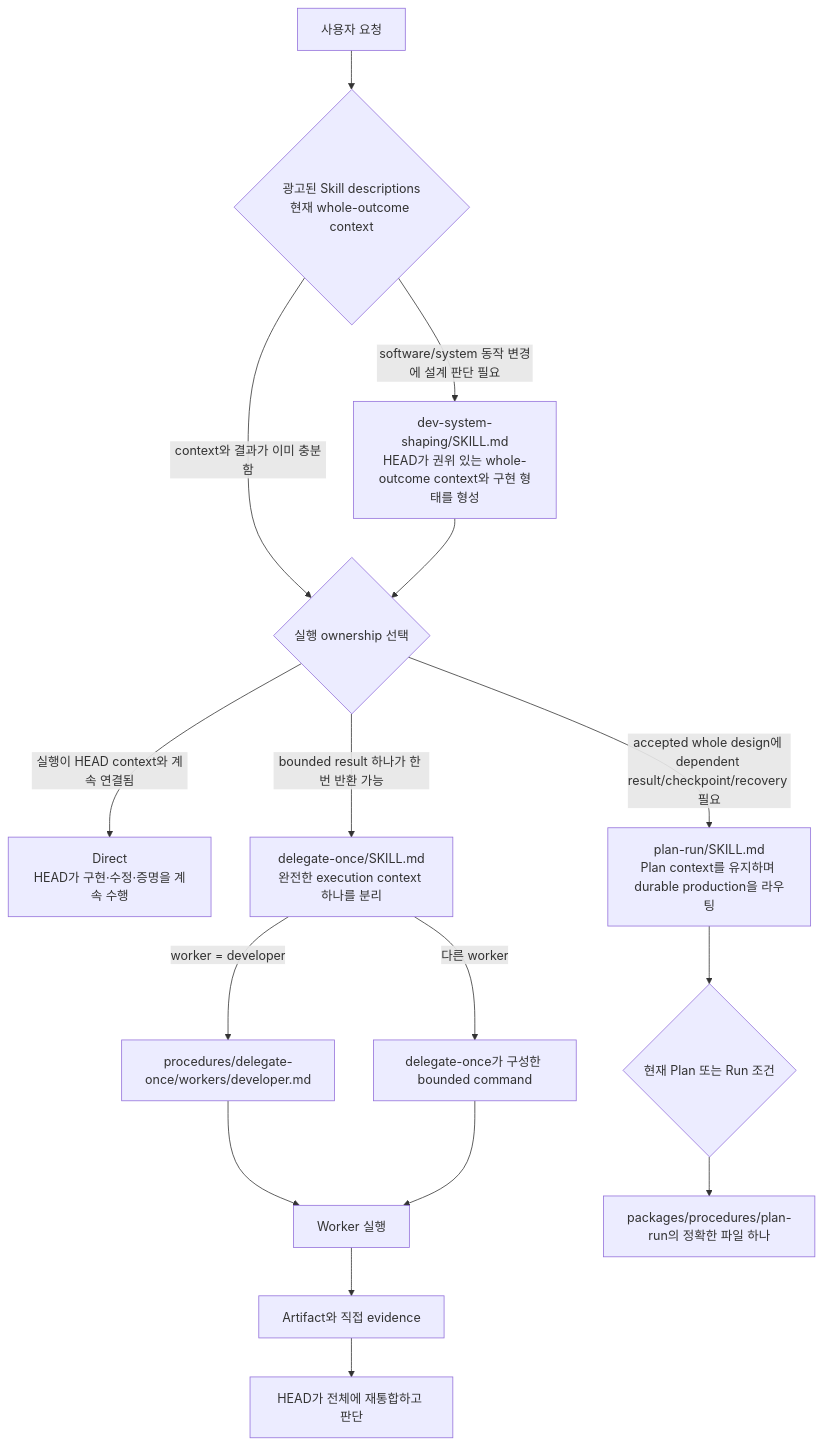
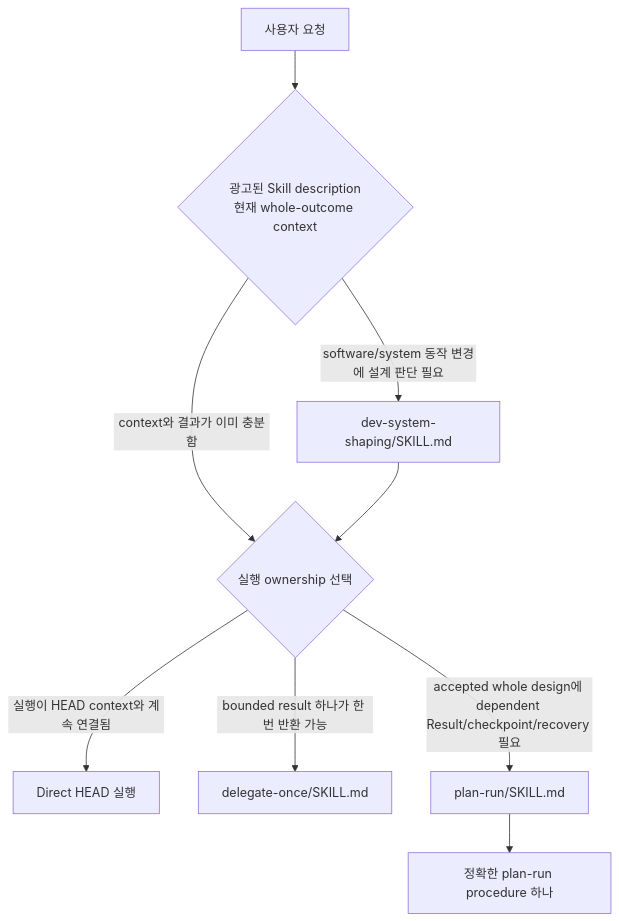
Before and after one commit to Won6314/head-agent-core: the first of 2 diagrams in packages/core/theory/context-management/ko/instruction-routing-map.md, drawn with Mermaid. The commit also changed other lines of this file and 102 other files, not shown here.

````diff
--- a/packages/core/theory/context-management/ko/instruction-routing-map.md
+++ b/packages/core/theory/context-management/ko/instruction-routing-map.md
@@ -24,22 +22,11 @@
 ```mermaid
 flowchart TD
-    R["사용자 요청"] --> S{"광고된 Skill descriptions<br/>현재 whole-outcome context"}
-
-    S -->|"software/system 동작 변경에 설계 판단 필요"| DS["dev-system-shaping/SKILL.md<br/>HEAD가 권위 있는 whole-outcome context와 구현 형태를 형성"]
+    R["사용자 요청"] --> S{"광고된 Skill description<br/>현재 whole-outcome context"}
+    S -->|"software/system 동작 변경에 설계 판단 필요"| DS["dev-system-shaping/SKILL.md"]
     S -->|"context와 결과가 이미 충분함"| M{"실행 ownership 선택"}
     DS --> M
-
-    M -->|"실행이 HEAD context와 계속 연결됨"| DIRECT["Direct<br/>HEAD가 구현·수정·증명을 계속 수행"]
-
-    M -->|"bounded result 하나가 한 번 반환 가능"| ONCE["delegate-once/SKILL.md<br/>완전한 execution context 하나를 분리"]
-    ONCE -->|"worker = developer"| DEV["procedures/delegate-once/workers/developer.md"]
-    ONCE -->|"다른 worker"| CONTRACT["delegate-once가 구성한 bounded command"]
-    DEV --> WORKER["Worker 실행"]
-    CONTRACT --> WORKER
-    WORKER --> RETURN["Artifact와 직접 evidence"]
-    RETURN --> INTEGRATE["HEAD가 전체에 재통합하고 판단"]
-
-    M -->|"accepted whole design에 dependent result/checkpoint/recovery 필요"| PLAN["plan-run/SKILL.md<br/>Plan context를 유지하며 durable production을 라우팅"]
-    PLAN --> CURRENT{"현재 Plan 또는 Run 조건"}
-    CURRENT --> PROCEDURE["packages/procedures/plan-run의 정확한 파일 하나"]
+    M -->|"실행이 HEAD context와 계속 연결됨"| DIRECT["Direct HEAD 실행"]
+    M -->|"bounded result 하나가 한 번 반환 가능"| ONCE["delegate-once/SKILL.md"]
+    M -->|"accepted whole design에 dependent Result/checkpoint/recovery 필요"| PLAN["plan-run/SKILL.md"]
+    PLAN --> PROCEDURE["정확한 plan-run procedure 하나"]
 ```
````
